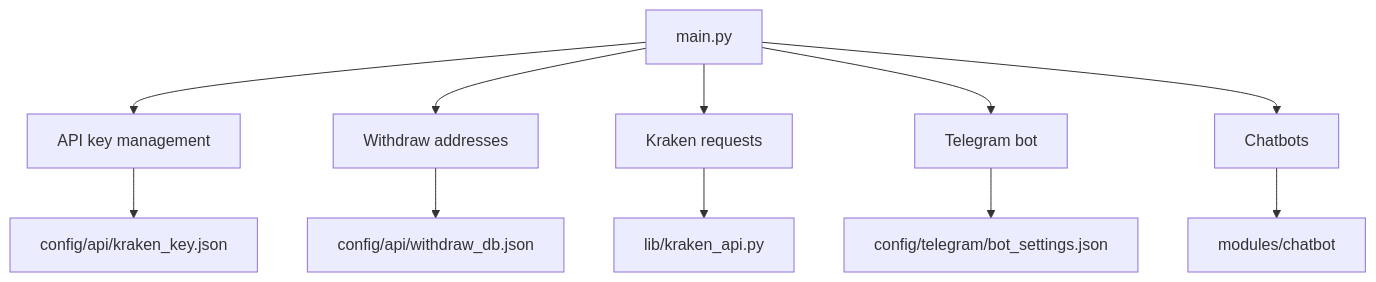
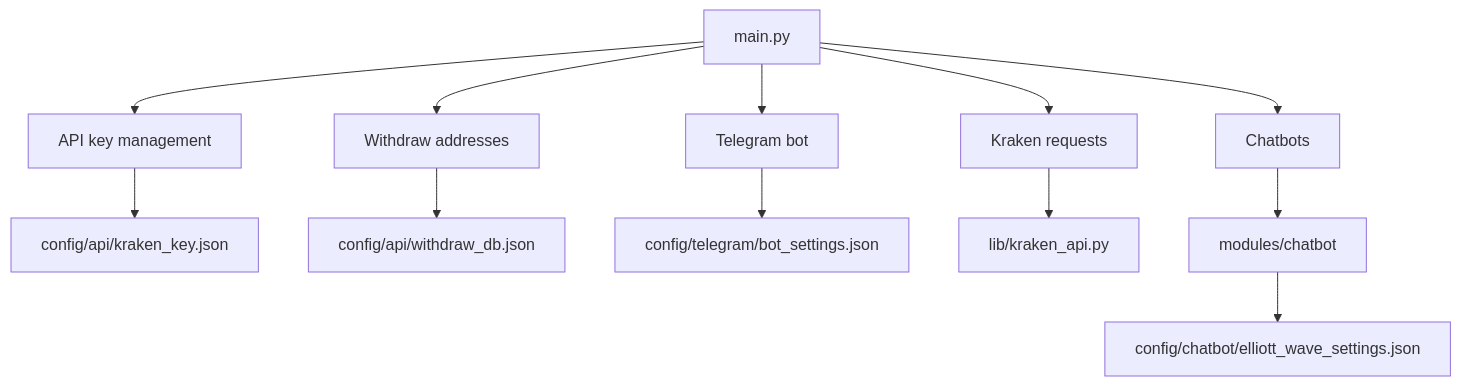
Before and after one commit to Freddyslim/krakenbot: the diagram in docs/overview.md, drawn with Mermaid. The commit also changed 5 other files, not shown here.

Commit message:
Add ElliottWaveBot strategy

````diff
--- a/docs/overview.md
+++ b/docs/overview.md
@@ -3,13 +3,14 @@
 ```mermaid
 flowchart TD
     A[main.py] --> B[API key management]
     A --> C[Withdraw addresses]
     A --> D[Kraken requests]
     A --> E[Telegram bot]
     A --> J[Chatbots]
     B --> F[config/api/kraken_key.json]
     C --> G[config/api/withdraw_db.json]
     E --> H[config/telegram/bot_settings.json]
     D --> I[lib/kraken_api.py]
     J --> K[modules/chatbot]
+    K --> L[config/chatbot/elliott_wave_settings.json]
 ```
````
